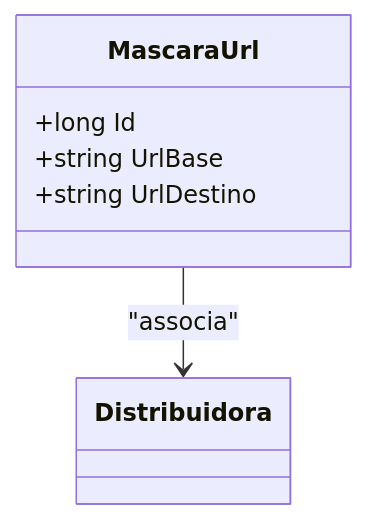
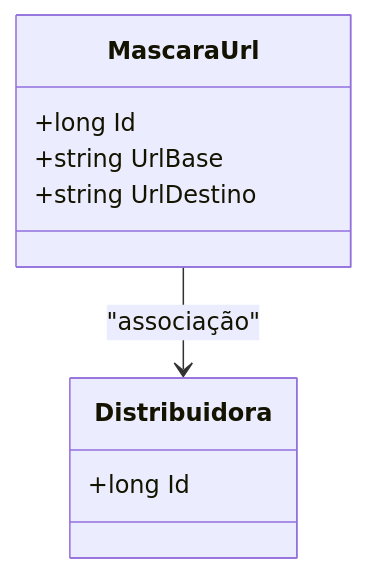
Before and after one commit to IsthmusSistemas/documentacao-tecnica: the diagram in docs/b2b-dominio/IsthmusWinthor.Nucleo/IsthmusWinthor.Dominio/Entidades/MascaraUrl.md, drawn with Mermaid. The commit also changed other lines of this file and 882 other files, not shown here.

````diff
--- a/docs/b2b-dominio/IsthmusWinthor.Nucleo/IsthmusWinthor.Dominio/Entidades/MascaraUrl.md
+++ b/docs/b2b-dominio/IsthmusWinthor.Nucleo/IsthmusWinthor.Dominio/Entidades/MascaraUrl.md
@@ -21,11 +23,14 @@
 ```mermaid
 classDiagram
     class MascaraUrl {
         +long Id
         +string UrlBase
         +string UrlDestino
     }
-    class Distribuidora
+    
+    class Distribuidora {
+        +long Id
+    }
 
-    MascaraUrl --> Distribuidora : "associa"
-``` 
+    MascaraUrl --> Distribuidora : "associação"
+```
````
